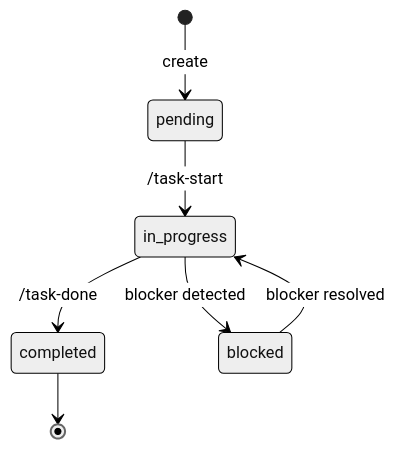
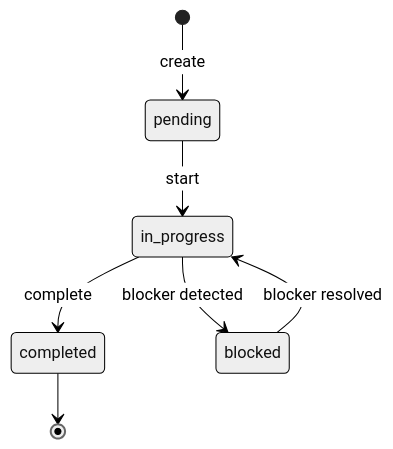
The second of 2 diagrams in docs/technical-design.md (nakishiyaman/clauxton), drawn with Mermaid (neutral theme) before and after one commit. The commit also changed other lines of this file and 11 other files, not shown here.

````diff
--- a/docs/technical-design.md
+++ b/docs/technical-design.md
@@ -1908,9 +812,9 @@
 ```mermaid
 stateDiagram-v2
     [*] --> pending: create
-    pending --> in_progress: /task-start
-    in_progress --> completed: /task-done
+    pending --> in_progress: start
+    in_progress --> completed: complete
     in_progress --> blocked: blocker detected
     blocked --> in_progress: blocker resolved
     completed --> [*]
 ```
````
